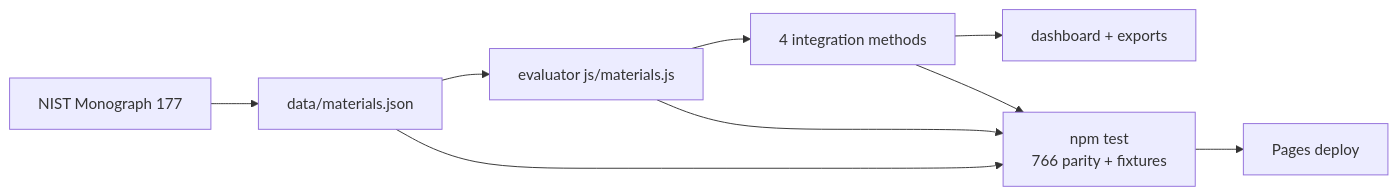
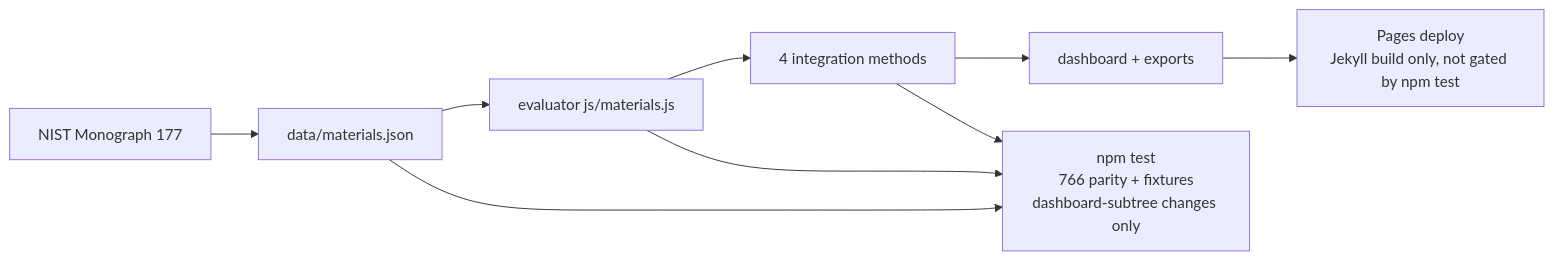
The diagram in README.md (GBOGEB/document-organization-system), drawn with Mermaid before and after one commit. The commit also changed other lines of this file, not shown here.

````diff
--- a/README.md
+++ b/README.md
@@ -139,9 +139,9 @@
 ```mermaid
 flowchart LR
   N[NIST Monograph 177] --> M[data/materials.json]
   M --> E[evaluator js/materials.js]
   E --> I[4 integration methods]
   I --> UI[dashboard + exports]
-  M & E & I --> T[npm test<br/>766 parity + fixtures]
-  T --> P[Pages deploy]
+  M & E & I --> T[npm test<br/>766 parity + fixtures<br/>dashboard-subtree changes only]
+  UI --> P[Pages deploy<br/>Jekyll build only, not gated by npm test]
 ```
````
